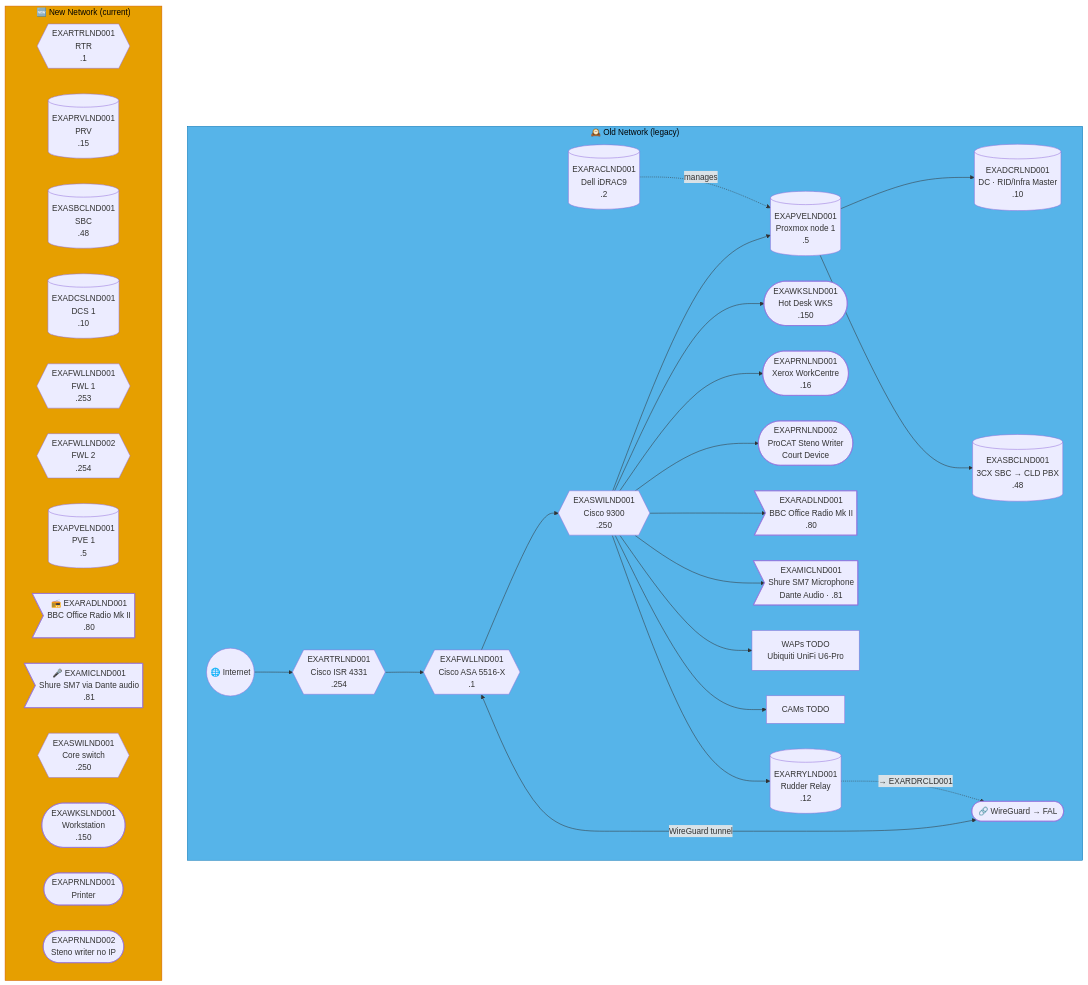
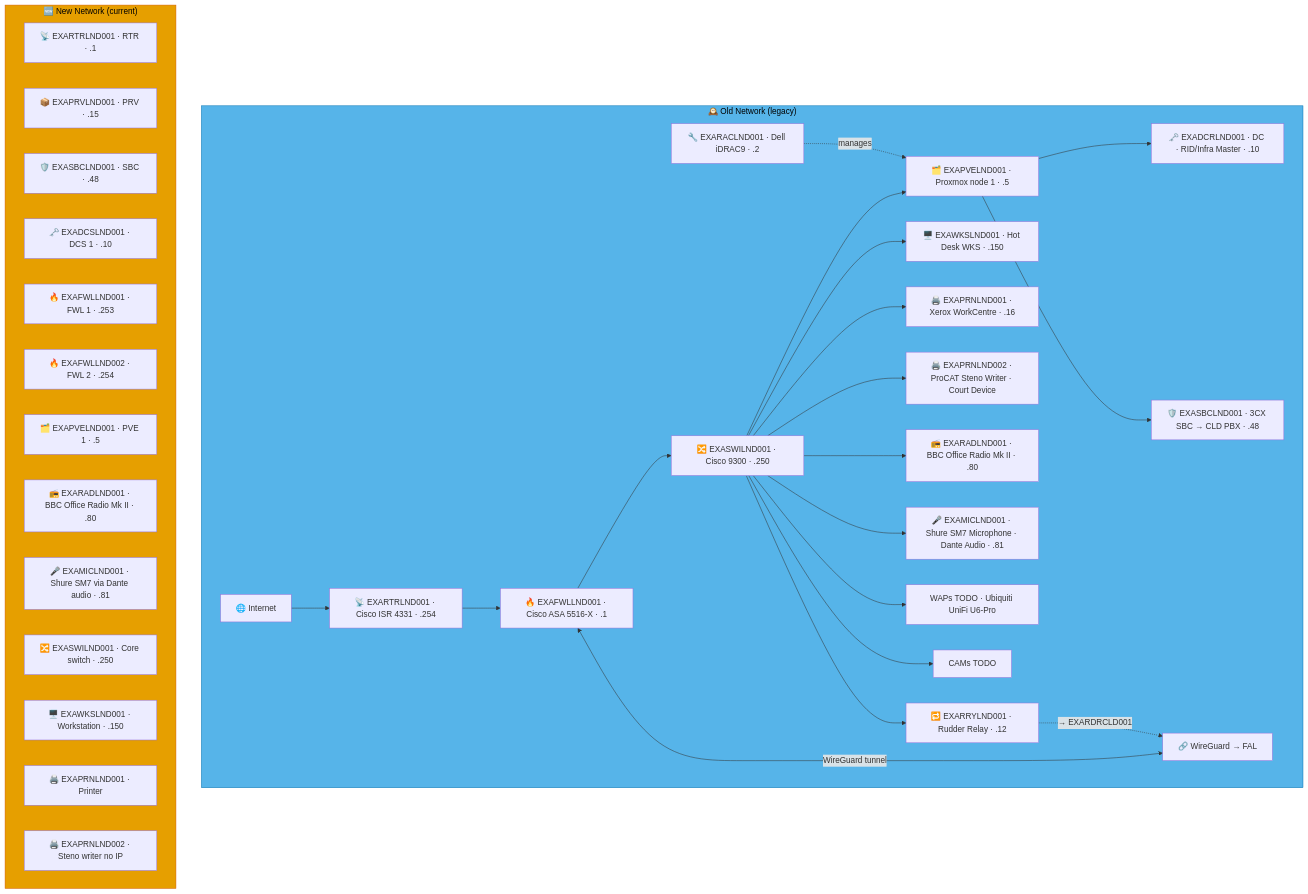
The ninth of 51 diagrams in docs/network-diagram.md (knightmare2600/example_music_infra), drawn with Mermaid before and after one commit. The commit also changed other lines of this file and 5 other files, not shown here.

````diff
--- a/docs/network-diagram.md
+++ b/docs/network-diagram.md
@@ -713,50 +714,50 @@
 ```mermaid
 graph TD
     subgraph OLD_LND ["🕰️ Old Network (legacy)"]
-      INET(("🌐 Internet"))
-      FWL{{"EXAFWLLND001<br/>Cisco ASA 5516-X<br/>.1"}}
-      SW{{"EXASWILND001<br/>Cisco 9300<br/>.250"}}
-      RTR{{"EXARTRLND001<br/>Cisco ISR 4331<br/>.254"}}
-      RAC[("EXARACLND001<br/>Dell iDRAC9<br/>.2")]
-      PVE[("EXAPVELND001<br/>Proxmox node 1<br/>.5")]
-      DC[("EXADCRLND001<br/>DC · RID/Infra Master<br/>.10")]
-      SBC[("EXASBCLND001<br/>3CX SBC → CLD PBX<br/>.48")]
-      RRY[("EXARRYLND001<br/>Rudder Relay<br/>.12")]
-      WKS(["EXAWKSLND001<br/>Hot Desk WKS<br/>.150"])
-      PRN1(["EXAPRNLND001<br/>Xerox WorkCentre<br/>.16"])
-      PRN2(["EXAPRNLND002<br/>ProCAT Steno Writer<br/>Court Device"])
-      RAD>"EXARADLND001<br/>BBC Office Radio Mk II<br/>.80"]
-      MIC>"EXAMICLND001<br/>Shure SM7 Microphone<br/>Dante Audio · .81"]
-      WAP["WAPs TODO<br/>Ubiquiti UniFi U6-Pro"]
+      INET["🌐 Internet"]
+      FWL["🔥 EXAFWLLND001 · Cisco ASA 5516-X · .1"]
+      SW["🔀 EXASWILND001 · Cisco 9300 · .250"]
+      RTR["📡 EXARTRLND001 · Cisco ISR 4331 · .254"]
+      RAC["🔧 EXARACLND001 · Dell iDRAC9 · .2"]
+      PVE["🗂️ EXAPVELND001 · Proxmox node 1 · .5"]
+      DC["🗝️ EXADCRLND001 · DC · RID/Infra Master · .10"]
+      SBC["🛡️ EXASBCLND001 · 3CX SBC → CLD PBX · .48"]
+      RRY["🔁 EXARRYLND001 · Rudder Relay · .12"]
+      WKS["🖥️ EXAWKSLND001 · Hot Desk WKS · .150"]
+      PRN1["🖨️ EXAPRNLND001 · Xerox WorkCentre · .16"]
+      PRN2["🖨️ EXAPRNLND002 · ProCAT Steno Writer · Court Device"]
+      RAD["📻 EXARADLND001 · BBC Office Radio Mk II · .80"]
+      MIC["🎤 EXAMICLND001 · Shure SM7 Microphone · Dante Audio · .81"]
+      WAP["WAPs TODO · Ubiquiti UniFi U6-Pro"]
       CAM["CAMs TODO"]
-      VPN(["🔗 WireGuard → FAL"])
+      VPN["🔗 WireGuard → FAL"]
 
       INET --> RTR --> FWL --> SW
       SW --> PVE --> DC & SBC
       RAC -.->|"manages"| PVE
       SW --> WKS & PRN1 & PRN2 & RAD & MIC & WAP & CAM
       FWL <-->|"WireGuard tunnel"| VPN
 
       SW --> RRY
       RRY -. "→ EXARDRCLD001" .-> VPN
     end
     style OLD_LND fill:#56B4E9,stroke:#0072B2,color:#000000
     %% GENERATED:NEW-NETWORK:LND:START
     subgraph NEW_LND ["🆕 New Network (current)"]
-      N_RTR{{"EXARTRLND001<br/>RTR<br/>.1"}}
-      N_PRV[("EXAPRVLND001<br/>PRV<br/>.15")]
-      N_SBC[("EXASBCLND001<br/>SBC<br/>.48")]
-      N_DCS[("EXADCSLND001<br/>DCS 1<br/>.10")]
-      N_FWL{{"EXAFWLLND001<br/>FWL 1<br/>.253"}}
-      N_FWL2{{"EXAFWLLND002<br/>FWL 2<br/>.254"}}
-      N_PVE[("EXAPVELND001<br/>PVE 1<br/>.5")]
-      N_RAD>"📻 EXARADLND001<br/>BBC Office Radio Mk II<br/>.80"]
-      N_MIC>"🎤 EXAMICLND001<br/>Shure SM7 via Dante audio<br/>.81"]
-      N_SWI{{"EXASWILND001<br/>Core switch<br/>.250"}}
-      N_WKS(["EXAWKSLND001<br/>Workstation<br/>.150"])
-      N_PRN(["EXAPRNLND001<br/>Printer"])
-      N_PRN2(["EXAPRNLND002<br/>Steno writer no IP"])
+      N_RTR["📡 EXARTRLND001 · RTR · .1"]
+      N_PRV["📦 EXAPRVLND001 · PRV · .15"]
+      N_SBC["🛡️ EXASBCLND001 · SBC · .48"]
+      N_DCS["🗝️ EXADCSLND001 · DCS 1 · .10"]
+      N_FWL["🔥 EXAFWLLND001 · FWL 1 · .253"]
+      N_FWL2["🔥 EXAFWLLND002 · FWL 2 · .254"]
+      N_PVE["🗂️ EXAPVELND001 · PVE 1 · .5"]
+      N_RAD["📻 EXARADLND001 · BBC Office Radio Mk II · .80"]
+      N_MIC["🎤 EXAMICLND001 · Shure SM7 via Dante audio · .81"]
+      N_SWI["🔀 EXASWILND001 · Core switch · .250"]
+      N_WKS["🖥️ EXAWKSLND001 · Workstation · .150"]
+      N_PRN["🖨️ EXAPRNLND001 · Printer"]
+      N_PRN2["🖨️ EXAPRNLND002 · Steno writer no IP"]
     end
     style NEW_LND fill:#E69F00,stroke:#D55E00,color:#000000
     %% GENERATED:NEW-NETWORK:LND:END
 ```
````
